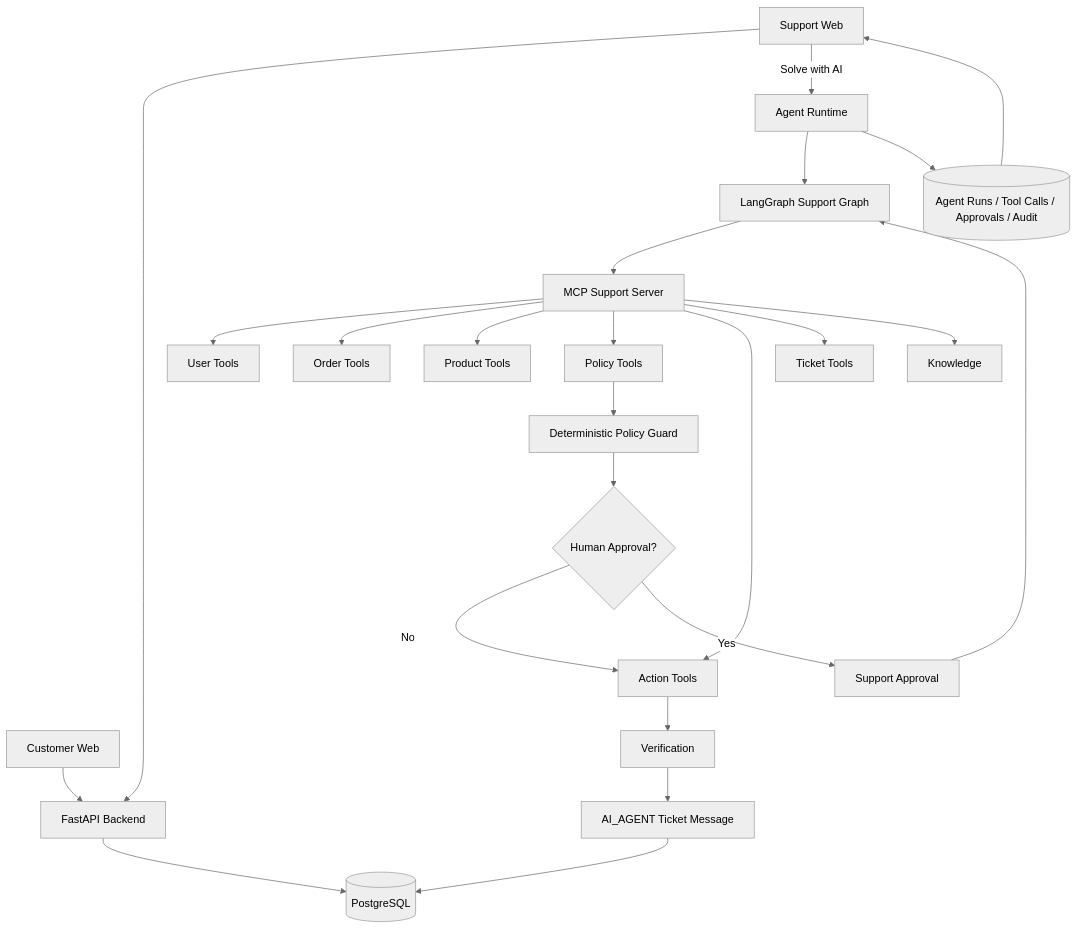
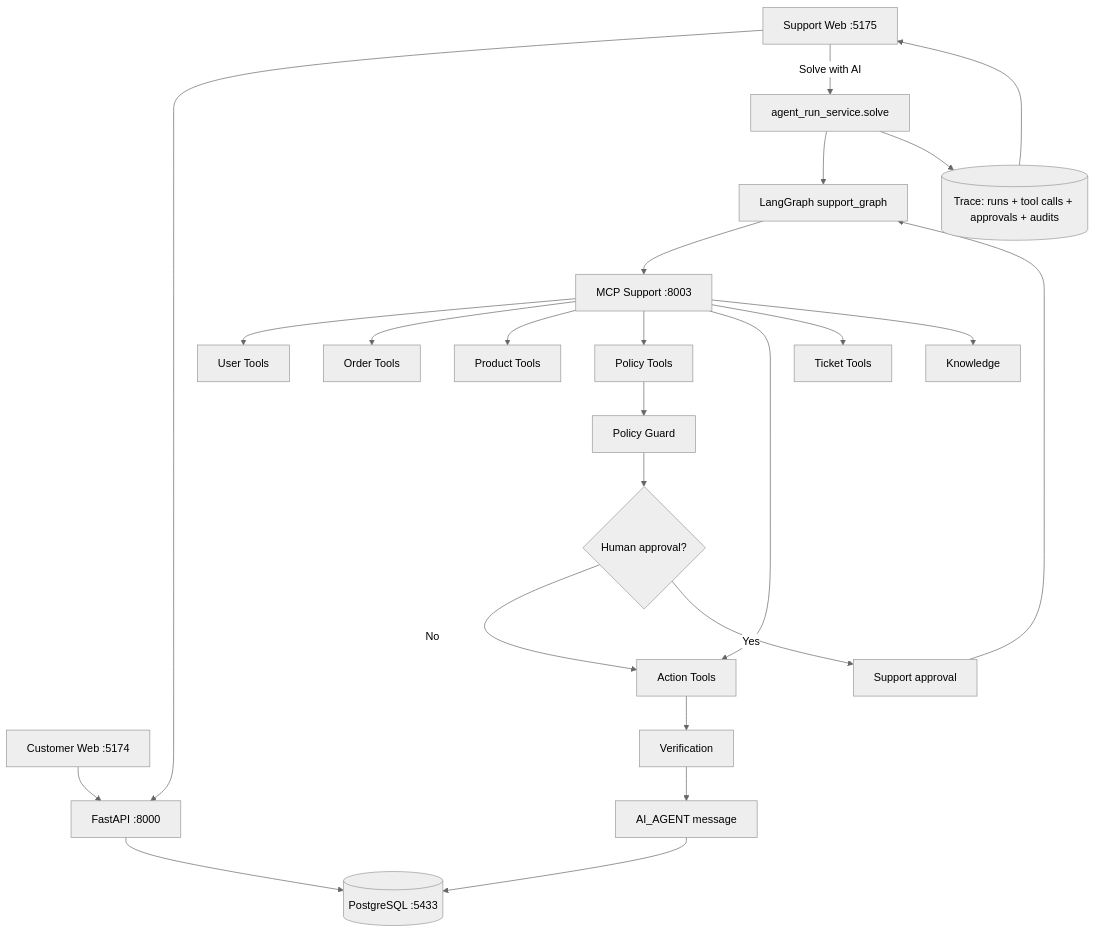
One commit to bkk07/northstar-worker changed the first of 3 diagrams in README.md. Above: the diagram before and after it, drawn with Mermaid (neutral theme). The commit also changed other lines of this file and 14 other files, not shown here.

````diff
--- a/README.md
+++ b/README.md
@@ -209,35 +48,26 @@
 ```mermaid
 flowchart TD
-    C[Customer Web] --> API[FastAPI Backend]
-    S[Support Web] --> API
-
-    API --> DB[(PostgreSQL)]
-
-    S -->|Solve with AI| AR[Agent Runtime]
-    AR --> LG[LangGraph Support Graph]
-
-    LG --> MCP[MCP Support Server]
-
+    C[Customer Web :5174] --> API[FastAPI :8000]
+    S[Support Web :5175] --> API
+    API --> DB[(PostgreSQL :5433)]
+    S -->|Solve with AI| AG[agent_run_service.solve]
+    AG --> LG[LangGraph support_graph]
+    LG --> MCP[MCP Support :8003]
     MCP --> U[User Tools]
     MCP --> O[Order Tools]
     MCP --> P[Product Tools]
     MCP --> POL[Policy Tools]
     MCP --> A[Action Tools]
     MCP --> T[Ticket Tools]
     MCP --> K[Knowledge]
-
-    POL --> G[Deterministic Policy Guard]
-
-    G --> H{Human Approval?}
+    POL --> G[Policy Guard]
+    G --> H{Human approval?}
     H -->|No| A
-    H -->|Yes| HITL[Support Approval]
+    H -->|Yes| HITL[Support approval]
     HITL --> LG
-
     A --> V[Verification]
-
-    V --> R[AI_AGENT Ticket Message]
+    V --> R[AI_AGENT message]
     R --> DB
-
-    AR --> TRACE[(Agent Runs / Tool Calls / Approvals / Audit)]
-    TRACE --> S
+    AG --> TR[(Trace: runs + tool calls + approvals + audits)]
+    TR --> S
 ```
````
